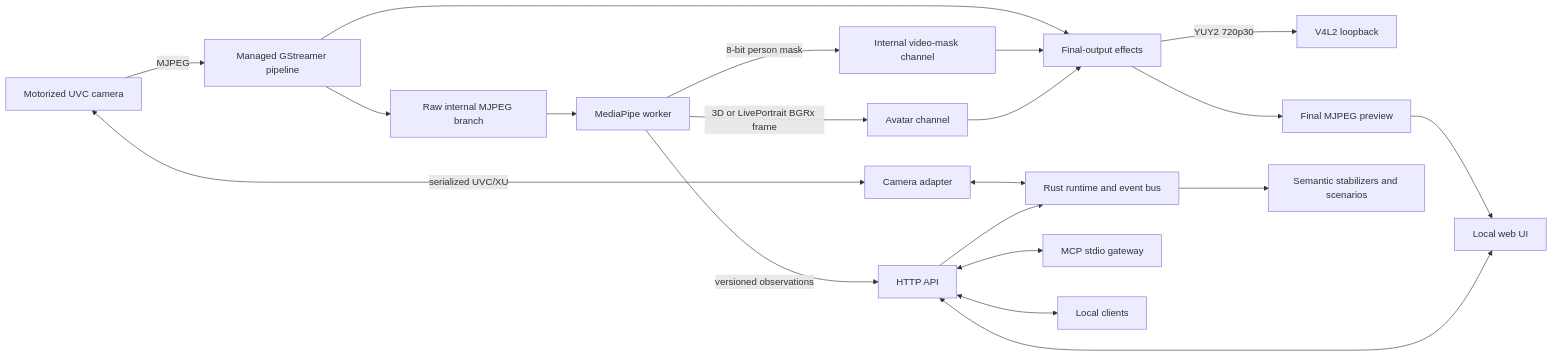
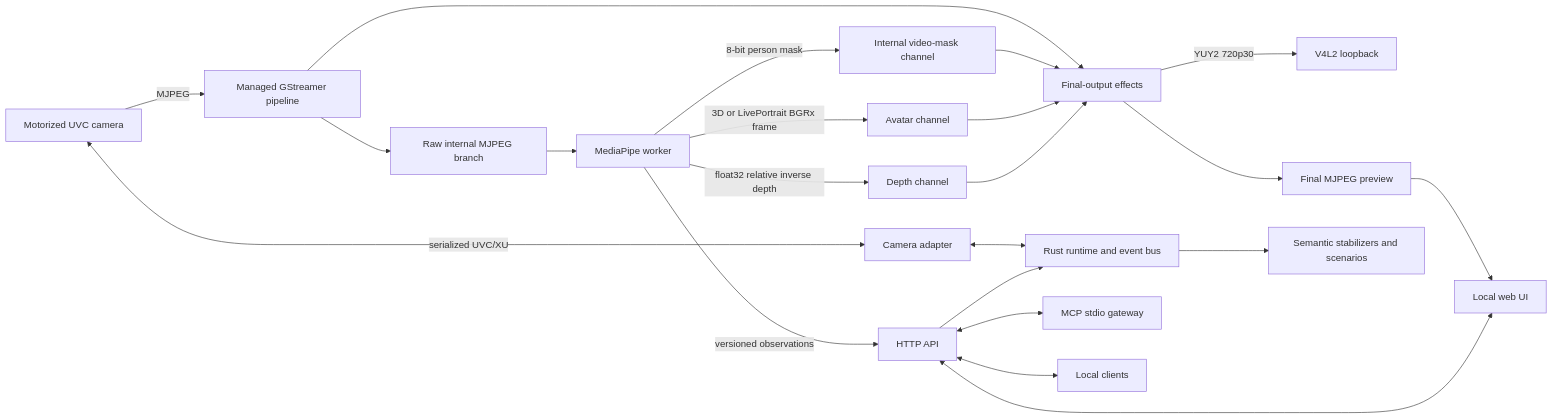
Before and after one commit to dguerizec/tarsier: the diagram in README.md, drawn with Mermaid. The commit also changed other lines of this file and 20 other files, not shown here.

````diff
--- a/README.md
+++ b/README.md
@@ -80,24 +84,26 @@
 ```mermaid
 flowchart LR
     Camera[Motorized UVC camera] -->|MJPEG| Pipeline[Managed GStreamer pipeline]
     Camera <-->|serialized UVC/XU| Adapter[Camera adapter]
 
     Pipeline --> RawPreview[Raw internal MJPEG branch]
     RawPreview --> Worker[MediaPipe worker]
     Worker -->|8-bit person mask| Mask[Internal video-mask channel]
     Worker -->|3D or LivePortrait BGRx frame| Avatar[Avatar channel]
+    Worker -->|float32 relative inverse depth| Depth[Depth channel]
     Pipeline --> Effects[Final-output effects]
     Mask --> Effects
     Avatar --> Effects
+    Depth --> Effects
     Effects -->|YUY2 720p30| Loopback[V4L2 loopback]
     Effects --> Preview[Final MJPEG preview]
     Preview --> UI[Local web UI]
 
     Adapter <--> Core[Rust runtime and event bus]
     Worker -->|versioned observations| API[HTTP API]
     API --> Core
     Core --> Scenarios[Semantic stabilizers and scenarios]
     API <--> UI
     API <--> MCP[MCP stdio gateway]
     API <--> Clients[Local clients]
 ```
````
